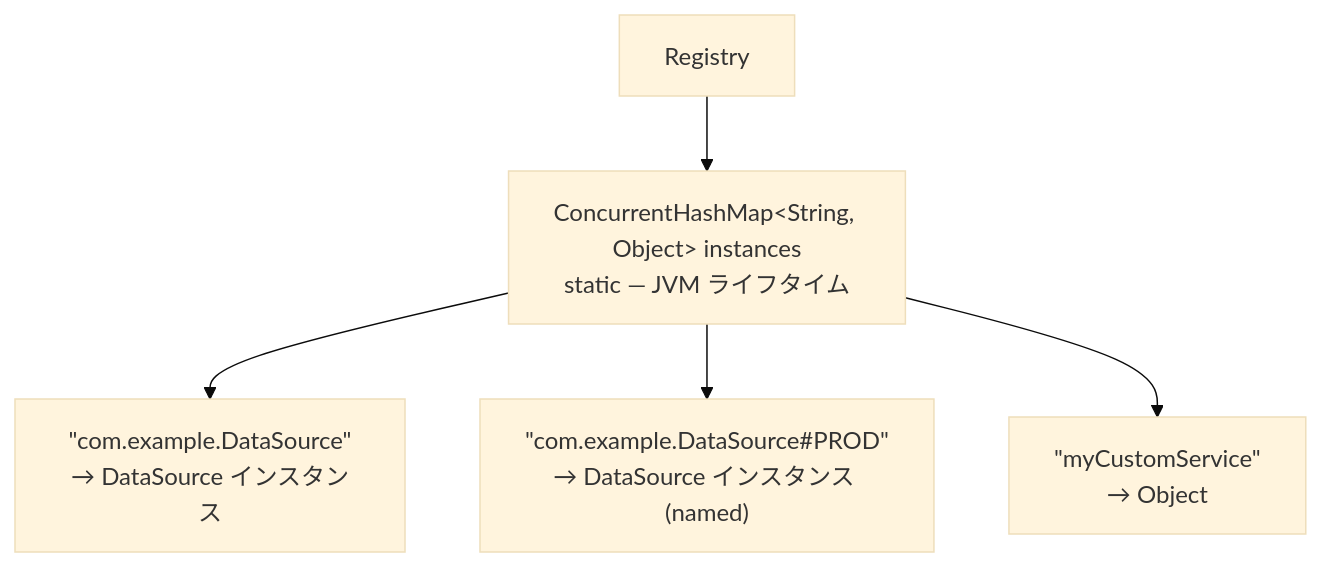
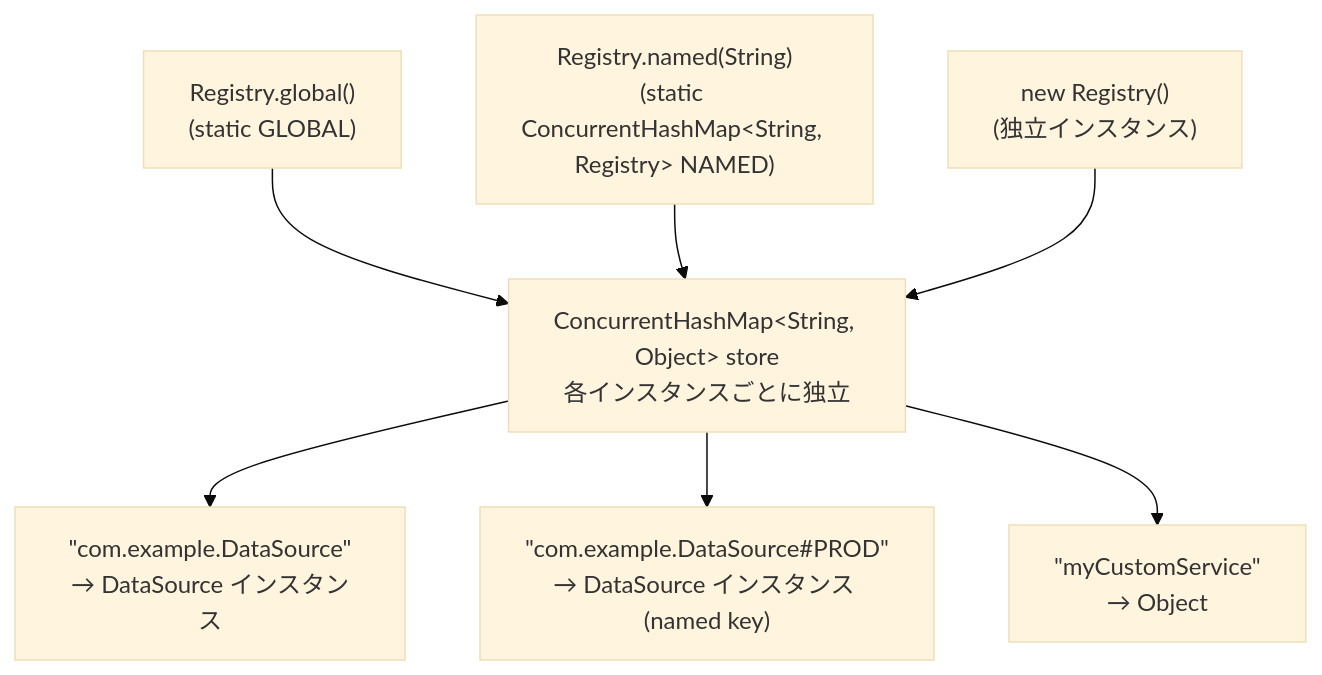
The second of 7 diagrams in spec/SPEC.md (opaopa6969/propstack), drawn with Mermaid (base theme) before and after one commit. The commit also changed other lines of this file and 11 other files, not shown here.

````diff
--- a/spec/SPEC.md
+++ b/spec/SPEC.md
@@ -309,13 +310,17 @@
 ```mermaid
 graph TD
-    REG[Registry]
-    MAP["ConcurrentHashMap&lt;String, Object&gt; instances<br/>static — JVM ライフタイム"]
+    G["Registry.global()<br/>(static GLOBAL)"]
+    N["Registry.named(String)<br/>(static ConcurrentHashMap&lt;String, Registry&gt; NAMED)"]
+    INST["new Registry()<br/>(独立インスタンス)"]
+    MAP["ConcurrentHashMap&lt;String, Object&gt; store<br/>各インスタンスごとに独立"]
     K1["&quot;com.example.DataSource&quot;<br/>→ DataSource インスタンス"]
-    K2["&quot;com.example.DataSource#PROD&quot;<br/>→ DataSource インスタンス (named)"]
+    K2["&quot;com.example.DataSource#PROD&quot;<br/>→ DataSource インスタンス (named key)"]
     K3["&quot;myCustomService&quot;<br/>→ Object"]
 
-    REG --> MAP
+    G --> MAP
+    N --> MAP
+    INST --> MAP
     MAP --> K1
     MAP --> K2
     MAP --> K3
 ```
````
